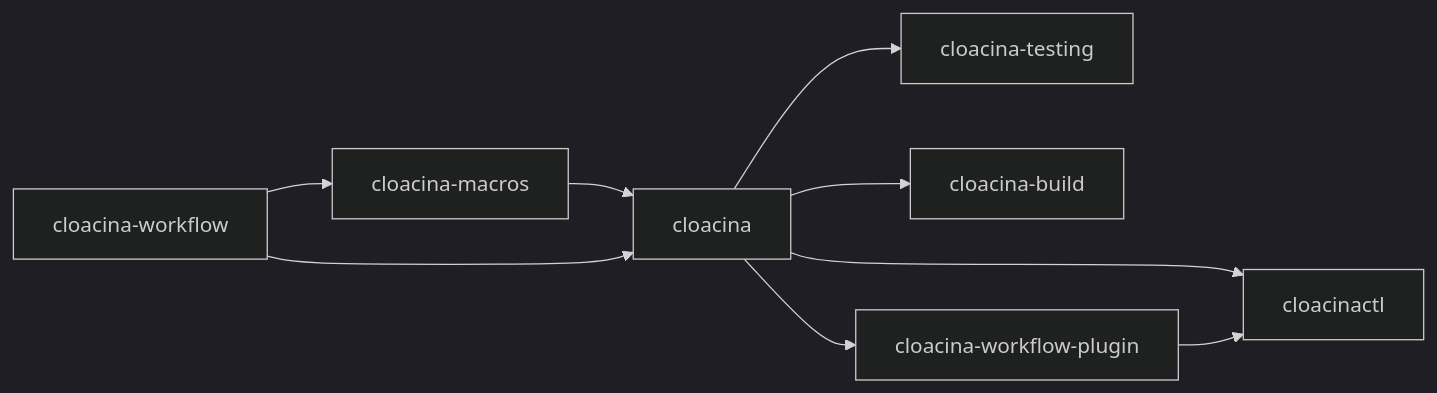
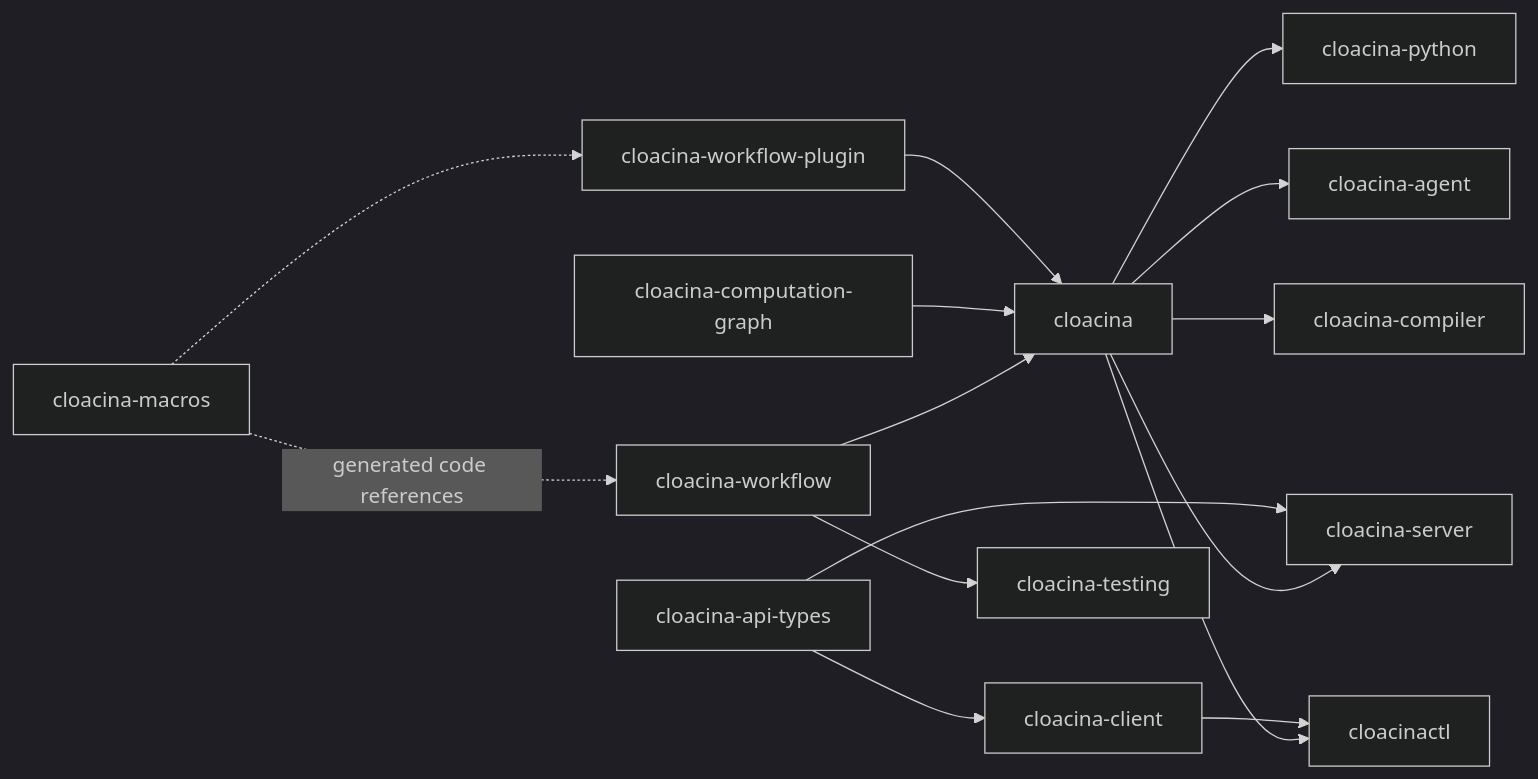
Before and after one commit to colliery-io/cloacina: the third of 3 diagrams in docs/content/engine/explanation/architecture-overview.md, drawn with Mermaid (dark theme). The commit also changed other lines of this file and 119 other files, not shown here.

````diff
--- a/docs/content/engine/explanation/architecture-overview.md
+++ b/docs/content/engine/explanation/architecture-overview.md
@@ -218,11 +226,17 @@
 ```mermaid
 graph LR
-    CW[cloacina-workflow] --> CM[cloacina-macros]
-    CM --> C[cloacina]
-    CW --> C
-    C --> CT[cloacina-testing]
-    C --> CB[cloacina-build]
-    C --> CWP[cloacina-workflow-plugin]
+    CM[cloacina-macros] -.generated code references.-> CW[cloacina-workflow]
+    CM -.-> CWP[cloacina-workflow-plugin]
+    CW --> C[cloacina]
+    CCG[cloacina-computation-graph] --> C
+    CWP --> C
+    C --> CPY[cloacina-python]
+    C --> CS[cloacina-server]
+    C --> CAG[cloacina-agent]
+    C --> CC[cloacina-compiler]
     C --> CTL[cloacinactl]
-    CWP --> CTL
+    CAT[cloacina-api-types] --> CCL[cloacina-client]
+    CCL --> CTL
+    CAT --> CS
+    CW --> CT[cloacina-testing]
 ```
````
